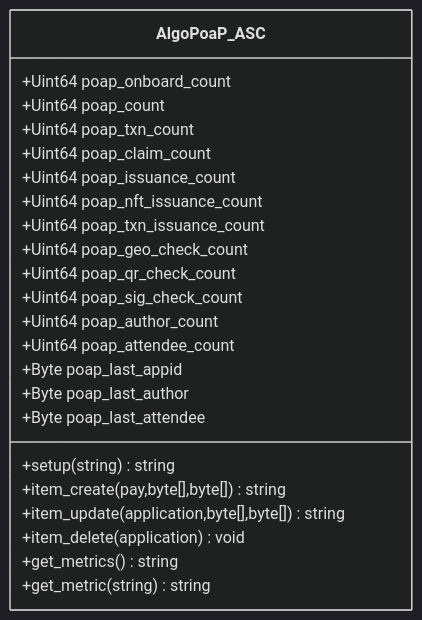
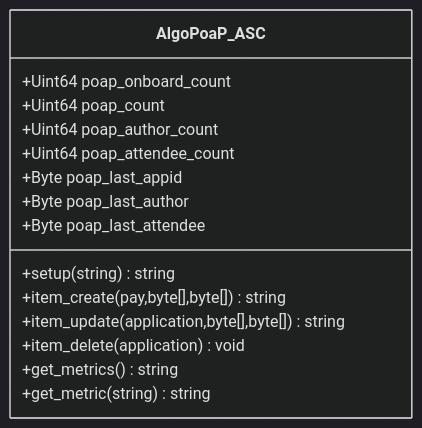
Before and after one commit to GoPlausible/.github: the eighth of 10 diagrams in profile/README.md, drawn with Mermaid (dark theme).

````diff
--- a/profile/README.md
+++ b/profile/README.md
@@ -385,28 +385,18 @@
 ```mermaid
   classDiagram
     class AlgoPoaP_ASC
     AlgoPoaP_ASC : +Uint64 poap_onboard_count
     AlgoPoaP_ASC : +Uint64 poap_count
-    AlgoPoaP_ASC : +Uint64 poap_txn_count
-    AlgoPoaP_ASC : +Uint64 poap_claim_count
-    AlgoPoaP_ASC : +Uint64 poap_issuance_count
-    AlgoPoaP_ASC : +Uint64 poap_nft_issuance_count
-    AlgoPoaP_ASC : +Uint64 poap_txn_issuance_count
-
-    AlgoPoaP_ASC : +Uint64 poap_geo_check_count
-    AlgoPoaP_ASC : +Uint64 poap_qr_check_count
-    AlgoPoaP_ASC : +Uint64 poap_sig_check_count
-
     AlgoPoaP_ASC : +Uint64 poap_author_count
     AlgoPoaP_ASC : +Uint64 poap_attendee_count
     AlgoPoaP_ASC : +Byte poap_last_appid
     AlgoPoaP_ASC : +Byte poap_last_author
     AlgoPoaP_ASC : +Byte poap_last_attendee
     AlgoPoaP_ASC : +setup(string)string
     AlgoPoaP_ASC : +item_create(pay,byte[],byte[])string
     AlgoPoaP_ASC : +item_update(application,byte[],byte[])string
     AlgoPoaP_ASC : +item_delete(application)void
     AlgoPoaP_ASC : +get_metrics()string
     AlgoPoaP_ASC : +get_metric(string)string
     
 ```
````
